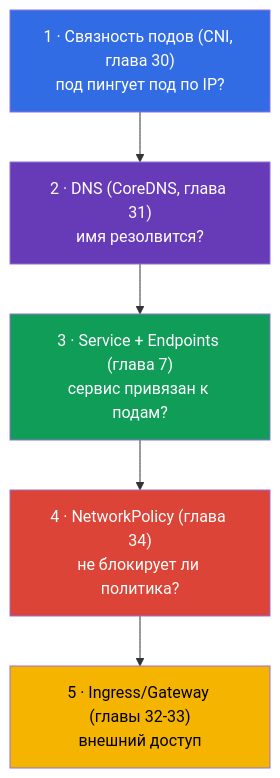
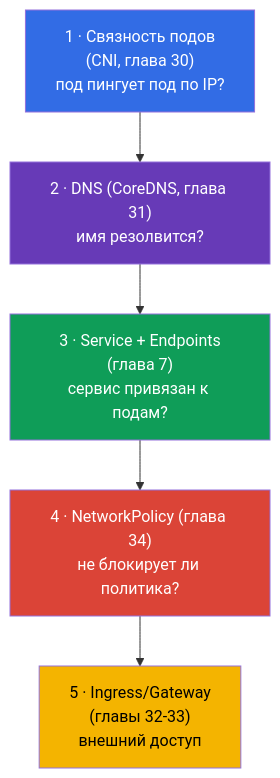
The first of 7 diagrams in tasks/cka/course/46/ru.md (ViktorUJ/cks), drawn with Mermaid before and after one commit. The commit also changed other lines of this file and 30 other files, not shown here.

````diff
--- a/tasks/cka/course/46/ru.md
+++ b/tasks/cka/course/46/ru.md
@@ -16,14 +16,14 @@
 ```mermaid
 flowchart TB
-    l1["1 · Связность подов (CNI, глава 30)<br>под пингует под по IP?"]
+    l1["1 · Связность подов<br>(CNI, глава 30)<br>под пингует под по IP?"]
     l2["2 · DNS (CoreDNS, глава 31)<br>имя резолвится?"]
-    l3["3 · Service + Endpoints (глава 7)<br>сервис привязан к подам?"]
+    l3["3 · Service + Endpoints<br>(глава 7)<br>сервис привязан к подам?"]
     l4["4 · NetworkPolicy (глава 34)<br>не блокирует ли политика?"]
-    l5["5 · Ingress/Gateway (главы 32-33)<br>внешний доступ"]
+    l5["5 · Ingress/Gateway<br>(главы 32-33)<br>внешний доступ"]
     l1 --> l2 --> l3 --> l4 --> l5
     style l1 fill:#326ce5,color:#fff
     style l2 fill:#673ab7,color:#fff
     style l3 fill:#0f9d58,color:#fff
     style l4 fill:#db4437,color:#fff
     style l5 fill:#f4b400,color:#000
 ```
````
